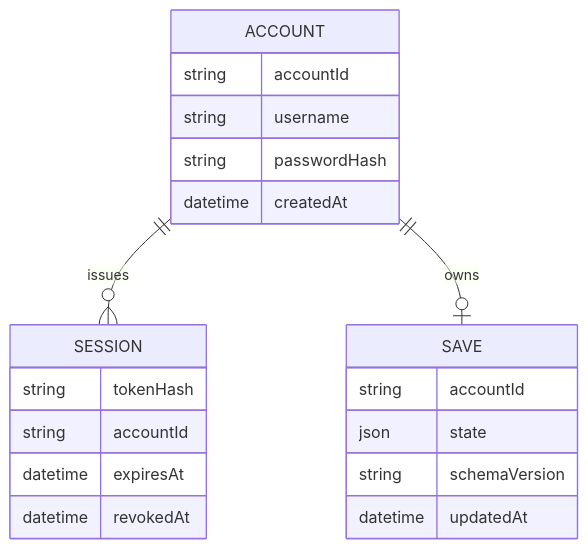
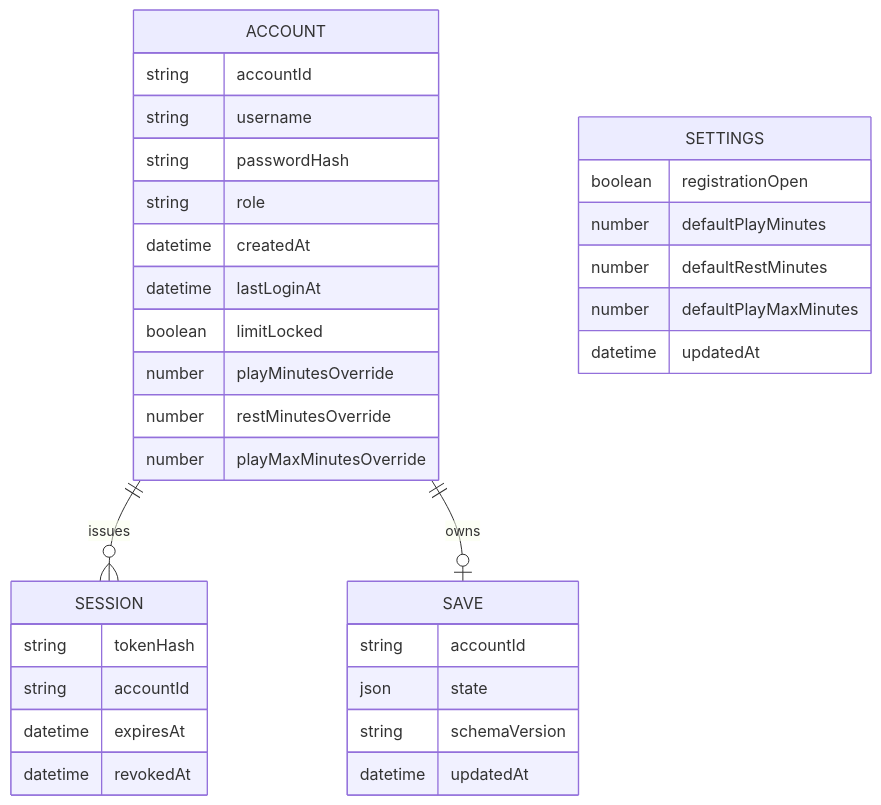
Diagram 11 of 11 in docs/design.md (twStellerWhale-Ocean2/solKidGalGame1), drawn with Mermaid before and after one commit. The commit also changed other lines of this file and 46 other files, not shown here.

````diff
--- a/docs/design.md
+++ b/docs/design.md
@@ -583,23 +627,36 @@
 ```mermaid
 erDiagram
   ACCOUNT ||--o{ SESSION : issues
   ACCOUNT ||--o| SAVE : owns
   ACCOUNT {
     string accountId
     string username
     string passwordHash
+    string role
     datetime createdAt
+    datetime lastLoginAt
+    boolean limitLocked
+    number playMinutesOverride
+    number restMinutesOverride
+    number playMaxMinutesOverride
   }
   SESSION {
     string tokenHash
     string accountId
     datetime expiresAt
     datetime revokedAt
   }
   SAVE {
     string accountId
     json state
     string schemaVersion
     datetime updatedAt
   }
+  SETTINGS {
+    boolean registrationOpen
+    number defaultPlayMinutes
+    number defaultRestMinutes
+    number defaultPlayMaxMinutes
+    datetime updatedAt
+  }
 ```
````
